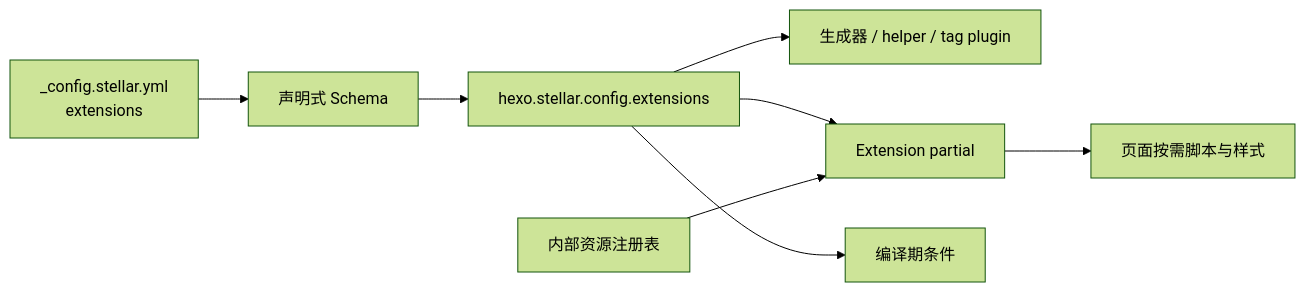
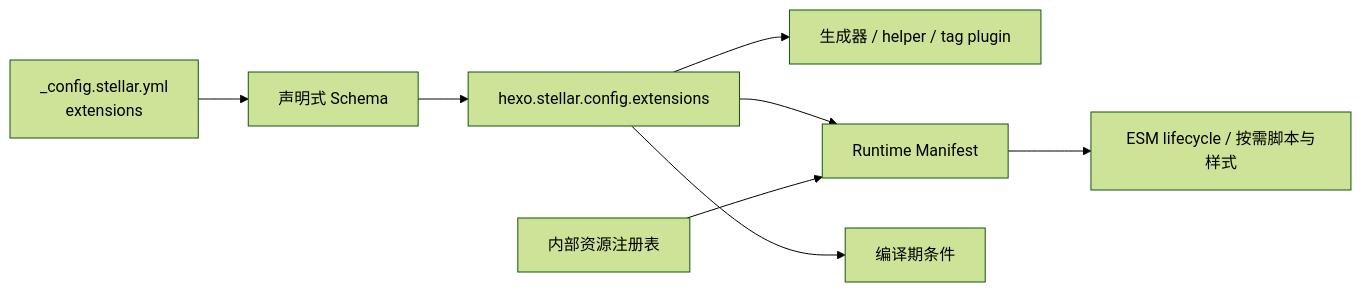
Before and after one commit to xaoxuu/hexo-theme-stellar: the diagram in docs/knowledge/07-外部集成/integrations-overview.md, drawn with Mermaid (forest theme). The commit also changed other lines of this file and 72 other files, not shown here.

````diff
--- a/docs/knowledge/07-外部集成/integrations-overview.md
+++ b/docs/knowledge/07-外部集成/integrations-overview.md
@@ -24,10 +24,10 @@
 ```mermaid
 flowchart LR
   YAML["_config.stellar.yml\nextensions"] --> SCHEMA["声明式 Schema"]
   SCHEMA --> CONFIG["hexo.stellar.config.extensions"]
   CONFIG --> SERVER["生成器 / helper / tag plugin"]
-  CONFIG --> EJS["Extension partial"]
+  CONFIG --> EJS["Runtime Manifest"]
   CONFIG --> STYLUS["编译期条件"]
   ASSETS["内部资源注册表"] --> EJS
-  EJS --> PAGE["页面按需脚本与样式"]
+  EJS --> PAGE["ESM lifecycle / 按需脚本与样式"]
 ```
````
